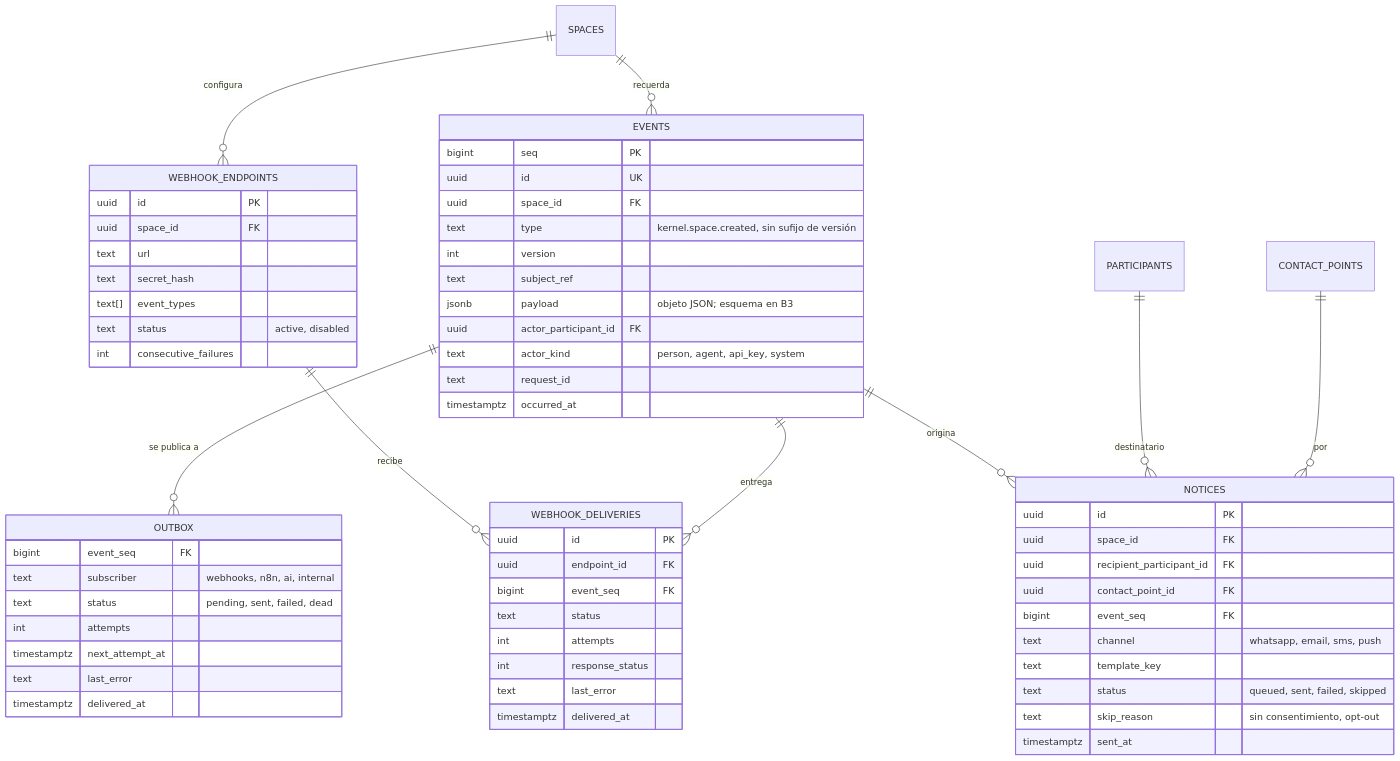
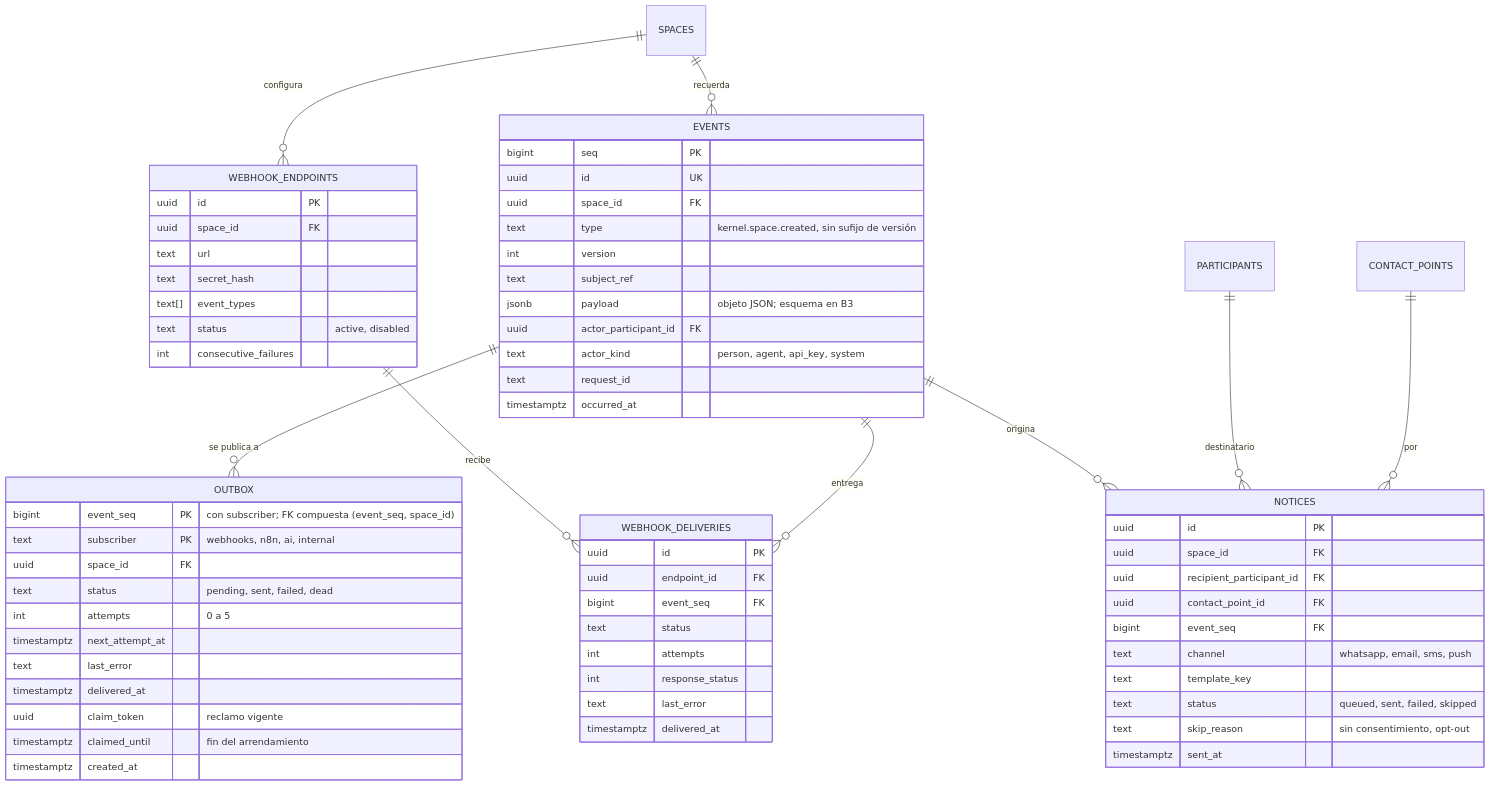
Before and after one commit to NexusThrive/nexusthrive: the fourth of 4 diagrams in docs/02-arquitectura/modelo-de-datos/kernel.md, drawn with Mermaid. The commit also changed other lines of this file and 3 other files, not shown here.

````diff
--- a/docs/02-arquitectura/modelo-de-datos/kernel.md
+++ b/docs/02-arquitectura/modelo-de-datos/kernel.md
@@ -272,65 +272,69 @@
 ```mermaid
 erDiagram
     SPACES ||--o{ EVENTS : "recuerda"
     EVENTS ||--o{ OUTBOX : "se publica a"
     SPACES ||--o{ WEBHOOK_ENDPOINTS : "configura"
     WEBHOOK_ENDPOINTS ||--o{ WEBHOOK_DELIVERIES : "recibe"
     EVENTS ||--o{ WEBHOOK_DELIVERIES : "entrega"
     EVENTS ||--o{ NOTICES : "origina"
     PARTICIPANTS ||--o{ NOTICES : "destinatario"
     CONTACT_POINTS ||--o{ NOTICES : "por"
 
     EVENTS {
         bigint seq PK
         uuid id UK
         uuid space_id FK
         text type "kernel.space.created, sin sufijo de versión"
         int version
         text subject_ref
         jsonb payload "objeto JSON; esquema en B3"
         uuid actor_participant_id FK
         text actor_kind "person, agent, api_key, system"
         text request_id
         timestamptz occurred_at
     }
     OUTBOX {
-        bigint event_seq FK
-        text subscriber "webhooks, n8n, ai, internal"
+        bigint event_seq PK "con subscriber; FK compuesta (event_seq, space_id)"
+        text subscriber PK "webhooks, n8n, ai, internal"
+        uuid space_id FK
         text status "pending, sent, failed, dead"
-        int attempts
+        int attempts "0 a 5"
         timestamptz next_attempt_at
         text last_error
         timestamptz delivered_at
+        uuid claim_token "reclamo vigente"
+        timestamptz claimed_until "fin del arrendamiento"
+        timestamptz created_at
     }
     WEBHOOK_ENDPOINTS {
         uuid id PK
         uuid space_id FK
         text url
         text secret_hash
         text[] event_types
         text status "active, disabled"
         int consecutive_failures
     }
     WEBHOOK_DELIVERIES {
         uuid id PK
         uuid endpoint_id FK
         bigint event_seq FK
         text status
         int attempts
         int response_status
         text last_error
         timestamptz delivered_at
     }
     NOTICES {
         uuid id PK
         uuid space_id FK
         uuid recipient_participant_id FK
         uuid contact_point_id FK
         bigint event_seq FK
         text channel "whatsapp, email, sms, push"
         text template_key
         text status "queued, sent, failed, skipped"
         text skip_reason "sin consentimiento, opt-out"
         timestamptz sent_at
     }
 ```
````
